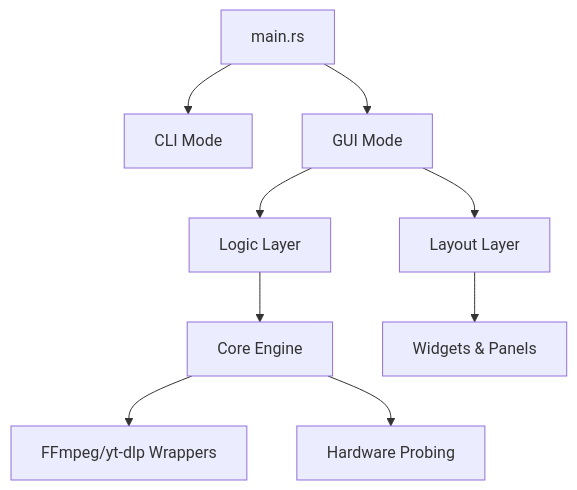
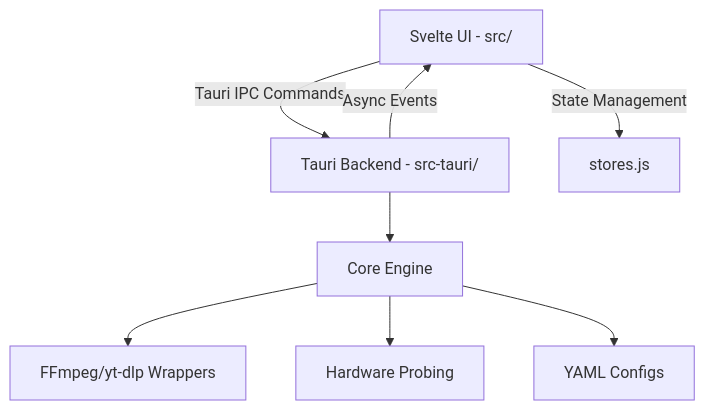
One commit to danloi2/video2mp3 changed the diagram in README.md. Above: the diagram before and after it, drawn with Mermaid. The commit also changed other lines of this file and 109 other files, not shown here.

````diff
--- a/README.md
+++ b/README.md
@@ -48,11 +48,10 @@
 ```mermaid
 graph TD
-    A[main.rs] --> B[CLI Mode]
-    A --> C[GUI Mode]
-    C --> D[Logic Layer]
-    C --> E[Layout Layer]
-    D --> F[Core Engine]
-    E --> G[Widgets & Panels]
-    F --> H[FFmpeg/yt-dlp Wrappers]
-    F --> I[Hardware Probing]
+    A[Svelte UI - src/] -->|Tauri IPC Commands| B[Tauri Backend - src-tauri/]
+    A -->|State Management| C[stores.js]
+    B -->|Async Events| A
+    B --> D[Core Engine]
+    D --> E[FFmpeg/yt-dlp Wrappers]
+    D --> F[Hardware Probing]
+    D --> G[YAML Configs]
 ```
````
